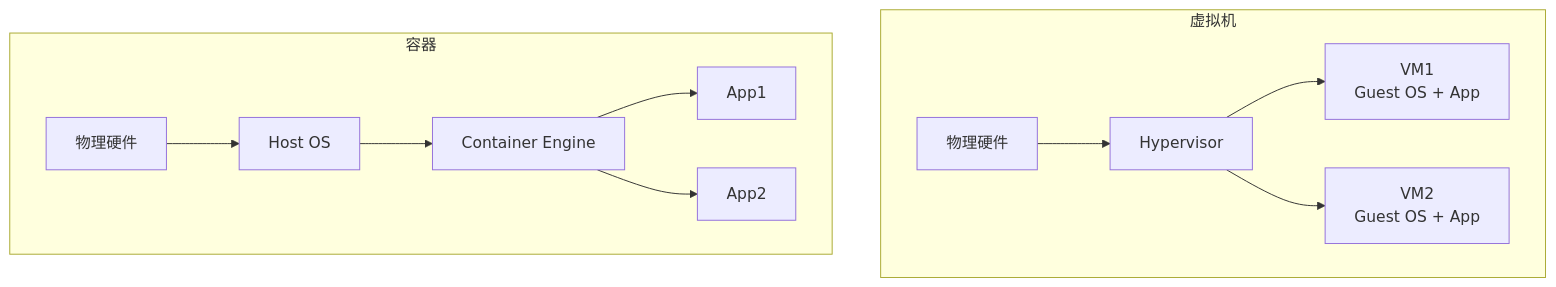
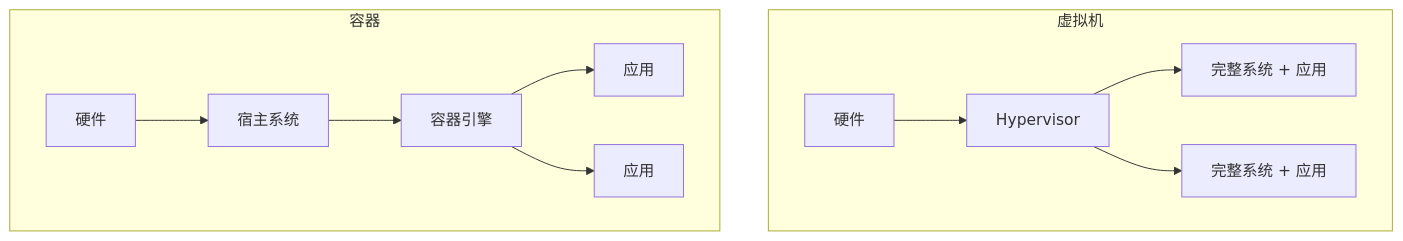
The diagram in docs/08-进阶主题/8.1-虚拟机与容器.md (cv-superding/nas-guide), drawn with Mermaid before and after one commit. The commit also changed other lines of this file and 4 other files, not shown here.

````diff
--- a/docs/08-进阶主题/8.1-虚拟机与容器.md
+++ b/docs/08-进阶主题/8.1-虚拟机与容器.md
@@ -26,14 +14,12 @@
 ```mermaid
 flowchart TB
     subgraph VM["虚拟机"]
-        H1[物理硬件] --> HV[Hypervisor]
-        HV --> VM1[VM1<br/>Guest OS + App]
-        HV --> VM2[VM2<br/>Guest OS + App]
+        H1[硬件] --> HV[Hypervisor] --> V1[完整系统 + 应用]
+        HV --> V2[完整系统 + 应用]
     end
-    subgraph Container["容器"]
-        H2[物理硬件] --> OS[Host OS]
-        OS --> CE[Container Engine]
-        CE --> C1[App1]
-        CE --> C2[App2]
+    subgraph C["容器"]
+        H2[硬件] --> OS[宿主系统] --> E[容器引擎]
+        E --> C1[应用]
+        E --> C2[应用]
     end
 ```
````
